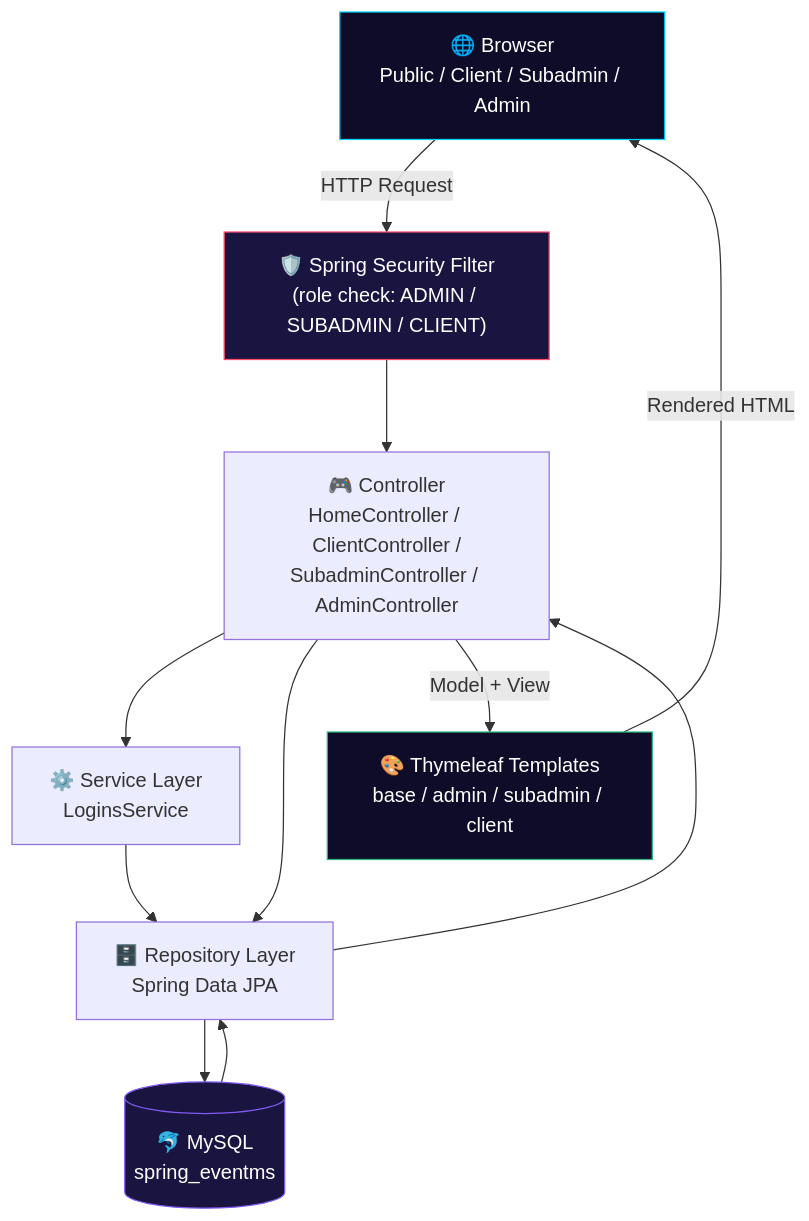
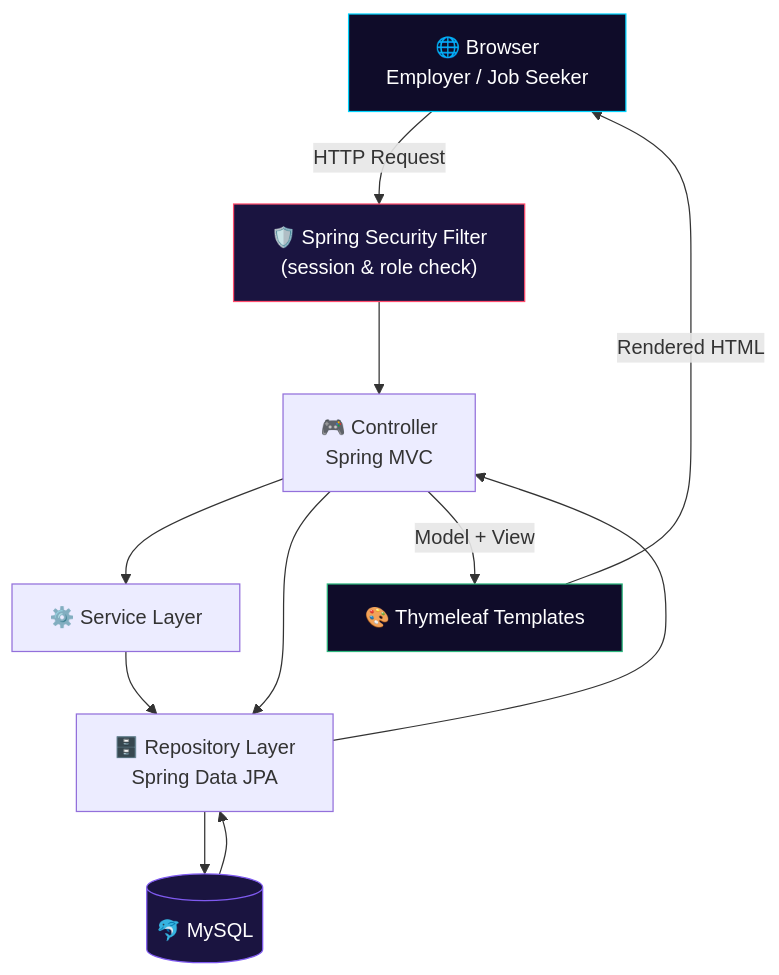
Before and after one commit to Nesara29/Nesara: the diagram in README.md, drawn with Mermaid. The commit also changed other lines of this file, not shown here.

````diff
--- a/README.md
+++ b/README.md
@@ -129,18 +108,18 @@
 ```mermaid
 flowchart TD
-    A["🌐 Browser<br/>Public / Client / Subadmin / Admin"] -->|"HTTP Request"| B["🛡️ Spring Security Filter<br/>(role check: ADMIN / SUBADMIN / CLIENT)"]
-    B --> C["🎮 Controller<br/>HomeController / ClientController /<br/>SubadminController / AdminController"]
-    C --> D["⚙️ Service Layer<br/>LoginsService"]
+    A["🌐 Browser<br/>Employer / Job Seeker"] -->|"HTTP Request"| B["🛡️ Spring Security Filter<br/>(session & role check)"]
+    B --> C["🎮 Controller<br/>Spring MVC"]
+    C --> D["⚙️ Service Layer"]
     C --> E["🗄️ Repository Layer<br/>Spring Data JPA"]
     D --> E
-    E --> F[("🐬 MySQL<br/>spring_eventms")]
+    E --> F[("🐬 MySQL")]
     F --> E
     E --> C
-    C -->|"Model + View"| G["🎨 Thymeleaf Templates<br/>base / admin / subadmin / client"]
+    C -->|"Model + View"| G["🎨 Thymeleaf Templates"]
     G -->|"Rendered HTML"| A
 
     style A fill:#0f0c29,stroke:#00d4ff,color:#ffffff
     style B fill:#1a1440,stroke:#ff4d6d,color:#ffffff
     style G fill:#0f0c29,stroke:#2cb67d,color:#ffffff
     style F fill:#1a1440,stroke:#7f5af0,color:#ffffff
 ```
````
